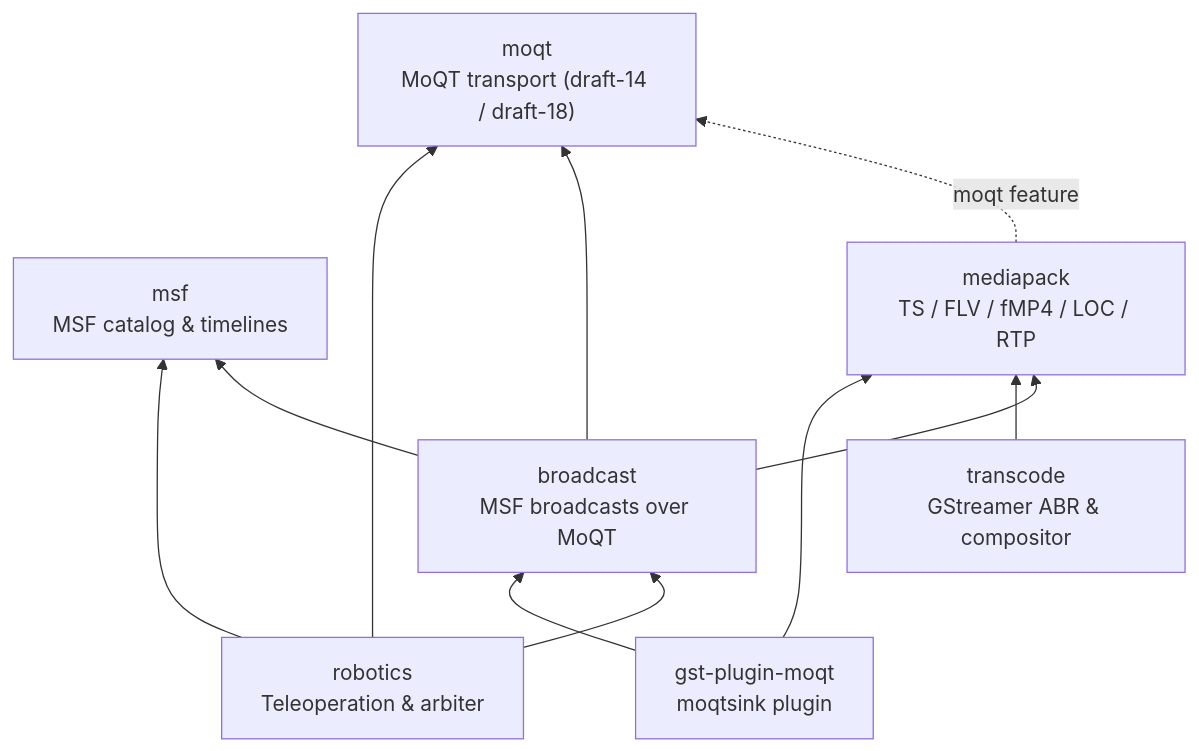
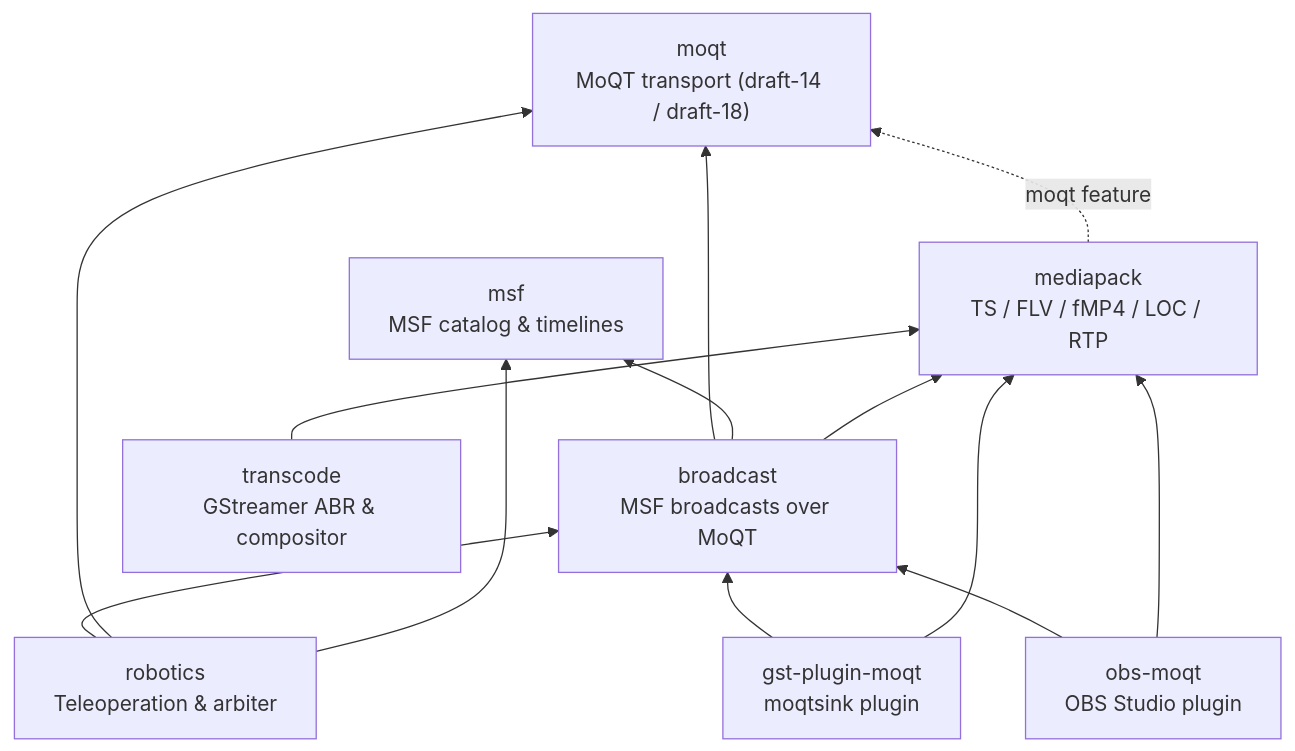
One commit to nttcom/moq-wasm changed the diagram in crates/README.md. Above: the diagram before and after it, drawn with Mermaid. The commit also changed other lines of this file and 17 other files, not shown here.

First line of the commit message:
feat(obs-moqt): OBS Studio から MoQT リレーへ配信するプラグインを追加 (#2080)

````diff
--- a/crates/README.md
+++ b/crates/README.md
@@ -13,21 +13,24 @@
 ```mermaid
 flowchart BT
     moqt["moqt<br/>MoQT transport (draft-14 / draft-18)"]
     msf["msf<br/>MSF catalog & timelines"]
     mediapack["mediapack<br/>TS / FLV / fMP4 / LOC / RTP"]
     broadcast["broadcast<br/>MSF broadcasts over MoQT"]
     robotics["robotics<br/>Teleoperation & arbiter"]
     transcode["transcode<br/>GStreamer ABR & compositor"]
     gst["gst-plugin-moqt<br/>moqtsink plugin"]
+    obs["obs-moqt<br/>OBS Studio plugin"]
 
     mediapack -. "moqt feature" .-> moqt
     broadcast --> moqt
     broadcast --> msf
     broadcast --> mediapack
     robotics --> broadcast
     robotics --> moqt
     robotics --> msf
     transcode --> mediapack
     gst --> broadcast
     gst --> mediapack
+    obs --> broadcast
+    obs --> mediapack
 ```
````
